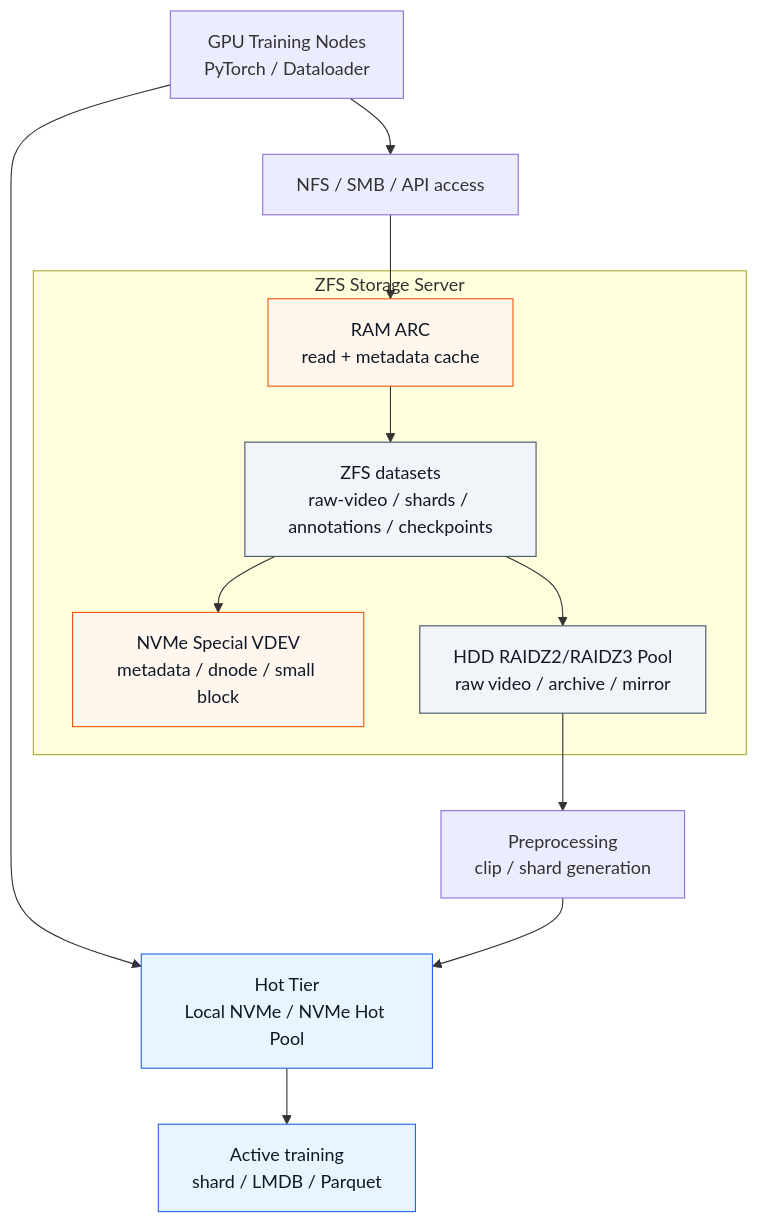
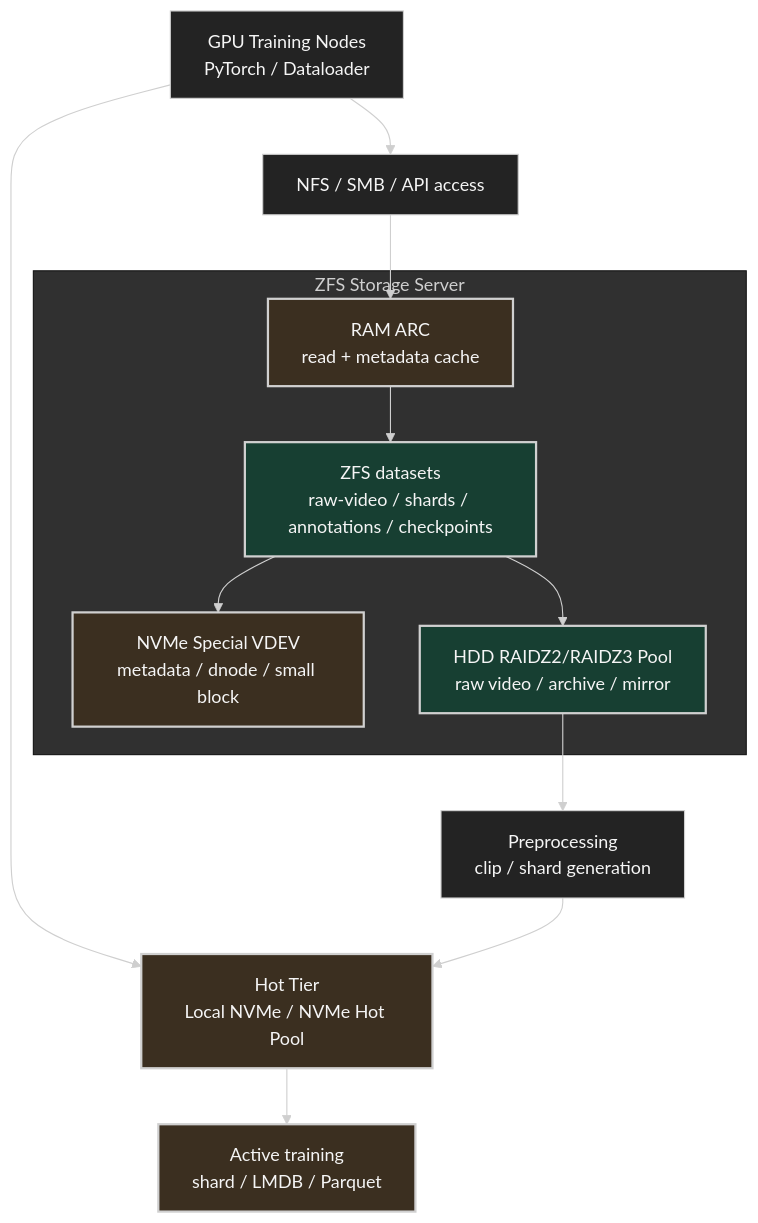
Before and after one commit to ziwon/ai-data-center-network: the first of 6 diagrams in storage/zfs/README.md, drawn with Mermaid. The commit also changed other lines of this file and 35 other files, not shown here.

Commit message:
docs(mermaid): apply dark diagram style

````diff
--- a/storage/zfs/README.md
+++ b/storage/zfs/README.md
@@ -318,27 +318,28 @@
 ```mermaid
+%%{init: {"theme": "base", "themeVariables": {"background": "#171717", "primaryColor": "#232323", "primaryTextColor": "#f5f5f5", "primaryBorderColor": "#d0d0d0", "lineColor": "#cfcfcf", "fontFamily": "Inter, Arial, sans-serif"}}}%%
 flowchart TB
   users["GPU Training Nodes<br/>PyTorch / Dataloader"] --> hot["Hot Tier<br/>Local NVMe / NVMe Hot Pool"]
   hot --> train["Active training<br/>shard / LMDB / Parquet"]
   users --> nfs["NFS / SMB / API access"]
 
   subgraph zfs["ZFS Storage Server"]
     arc["RAM ARC<br/>read + metadata cache"]
     special["NVMe Special VDEV<br/>metadata / dnode / small block"]
     hdd["HDD RAIDZ2/RAIDZ3 Pool<br/>raw video / archive / mirror"]
     datasets["ZFS datasets<br/>raw-video / shards / annotations / checkpoints"]
   end
 
   nfs --> arc
   arc --> datasets
   datasets --> special
   datasets --> hdd
   hdd --> preprocess["Preprocessing<br/>clip / shard generation"]
   preprocess --> hot
 
-  classDef hot fill:#e8f4ff,stroke:#2563eb,stroke-width:1px,color:#111827;
-  classDef warm fill:#fff7ed,stroke:#ea580c,stroke-width:1px,color:#111827;
-  classDef cold fill:#f1f5f9,stroke:#475569,stroke-width:1px,color:#111827;
+  classDef hot fill:#3b2f20,stroke:#d0d0d0,color:#f5f5f5,stroke-width:2px;
+  classDef warm fill:#3b2f20,stroke:#d0d0d0,color:#f5f5f5,stroke-width:2px;
+  classDef cold fill:#173f32,stroke:#d0d0d0,color:#f5f5f5,stroke-width:2px;
   class hot,train hot;
   class arc,special warm;
   class hdd,datasets cold;
 ```
````
